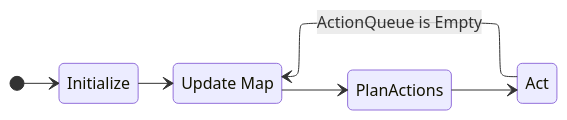
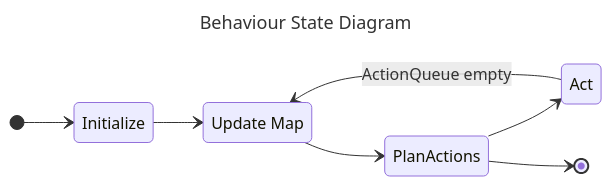
One commit to daviddans/GEI-FIC4-ROBO changed the diagram in Docs/StateFlowDiagram.mmd. Above: the diagram before and after it, drawn with Mermaid.

Commit message:
Update StateFlowDiagram with new state definitions

```diff
--- a/Docs/StateFlowDiagram.mmd
+++ b/Docs/StateFlowDiagram.mmd
@@ -1,14 +1,18 @@
 ---
-config:
-  layout: elk
+title: Behaviour State Diagram
 ---
-stateDiagram
+stateDiagram-v2
   direction LR
+
   [*] --> Initialize
-  Initialize --> s1
-  s1 --> s2
-  s2 --> s3
-  s3 --> s1:ActionQueue is Empty
-  s1:Update Map
-  s2:PlanActions
-  s3:Act
+
+  state "Initialize" as Initialize
+  state "Update Map" as Update
+  state "PlanActions" as Plan
+  state "Act" as Act
+
+  Initialize --> Update
+  Update --> Plan
+  Plan --> Act
+  Act --> Update : ActionQueue empty
+  Plan --> [*]
```
